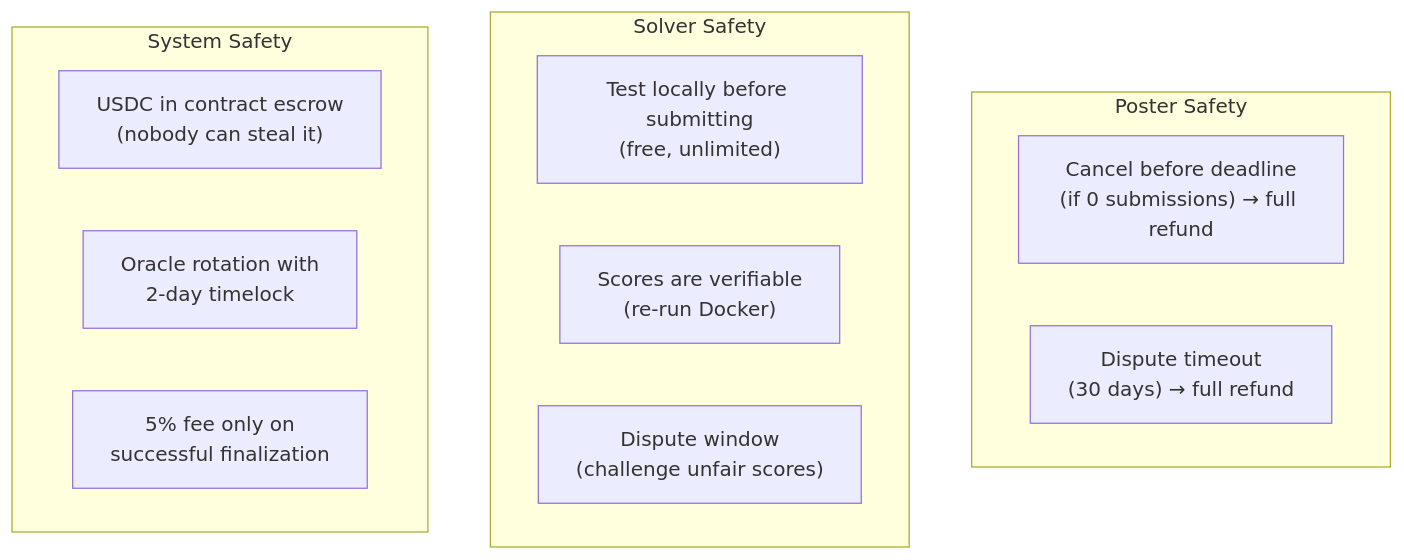
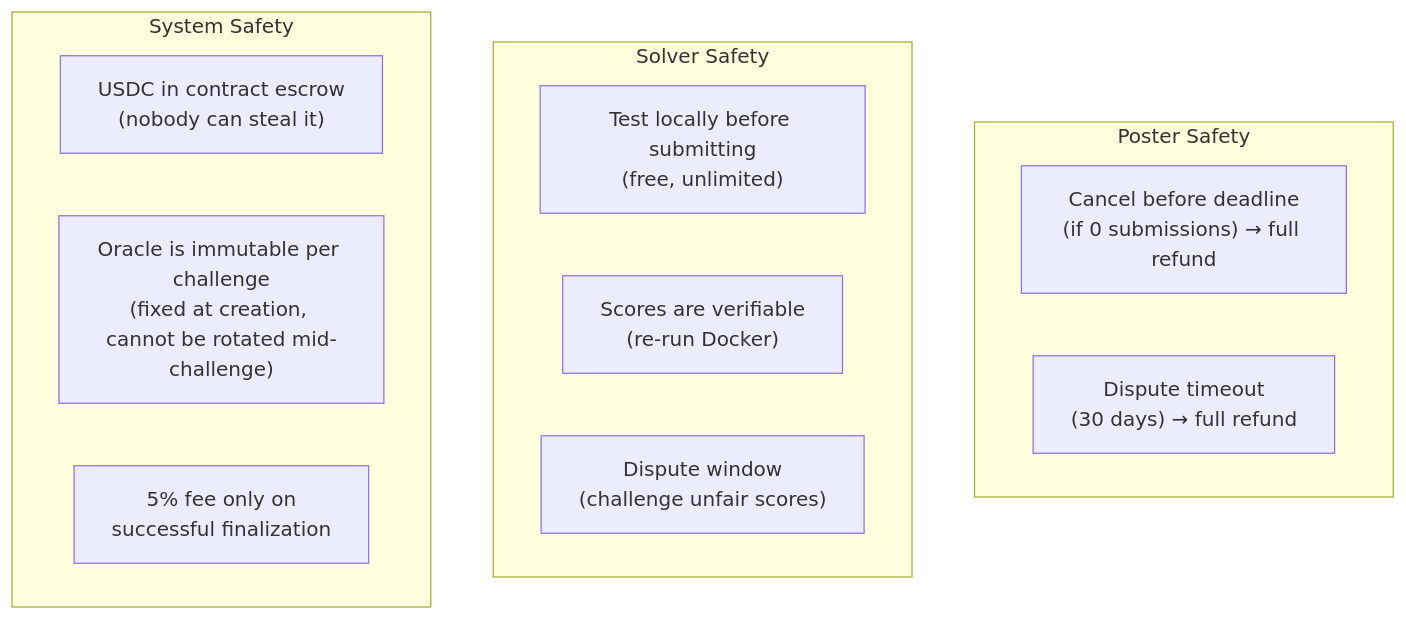
Before and after one commit to andymolecule/Hermes: the ninth of 11 diagrams in docs/product.md, drawn with Mermaid. The commit also changed other lines of this file and 17 other files, not shown here.

````diff
--- a/docs/product.md
+++ b/docs/product.md
@@ -148,17 +174,17 @@
 ```mermaid
 flowchart TB
     subgraph Poster["Poster Safety"]
         PS1["Cancel before deadline<br/>(if 0 submissions) → full refund"]
         PS2["Dispute timeout<br/>(30 days) → full refund"]
     end
     subgraph Solver["Solver Safety"]
         SS1["Test locally before submitting<br/>(free, unlimited)"]
         SS2["Scores are verifiable<br/>(re-run Docker)"]
         SS3["Dispute window<br/>(challenge unfair scores)"]
     end
     subgraph System["System Safety"]
         SY1["USDC in contract escrow<br/>(nobody can steal it)"]
-        SY2["Oracle rotation with<br/>2-day timelock"]
+        SY2["Oracle is immutable per challenge<br/>(fixed at creation, cannot be rotated mid-challenge)"]
         SY3["5% fee only on<br/>successful finalization"]
     end
 ```
````
